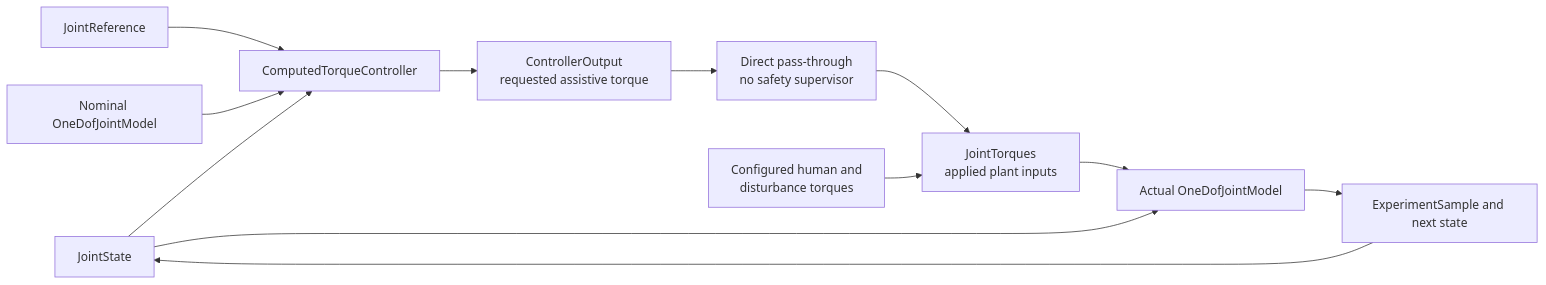
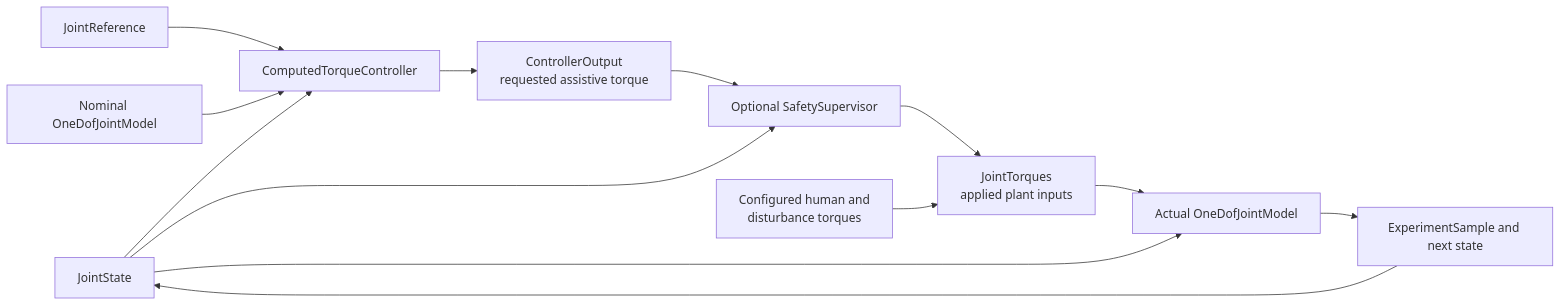
One commit to LeMonsieurPompidou/adaptive-assist changed the diagram in docs/computed_torque_controller.md. Above: the diagram before and after it, drawn with Mermaid. The commit also changed other lines of this file and 35 other files, not shown here.

Commit message:
feat: add independent safety supervisor

````diff
--- a/docs/computed_torque_controller.md
+++ b/docs/computed_torque_controller.md
@@ -66,14 +66,15 @@
 ```mermaid
 flowchart LR
     A[JointState] --> C[ComputedTorqueController]
     B[JointReference] --> C
     D[Nominal OneDofJointModel] --> C
     C --> E[ControllerOutput<br/>requested assistive torque]
-    E --> F[Direct pass-through<br/>no safety supervisor]
+    E --> F[Optional SafetySupervisor]
+    A --> F
     G[Configured human and<br/>disturbance torques] --> H[JointTorques<br/>applied plant inputs]
     F --> H
     H --> I[Actual OneDofJointModel]
     A --> I
     I --> J[ExperimentSample and next state]
     J --> A
 ```
````
